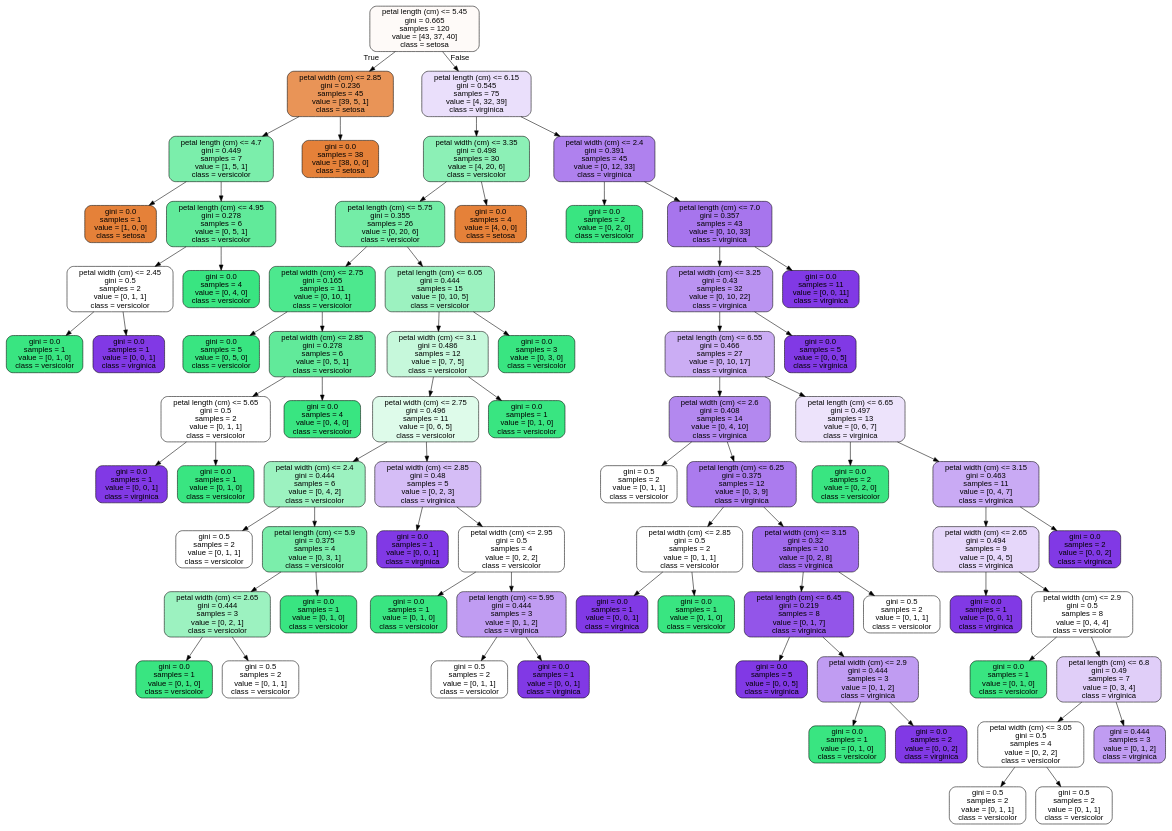
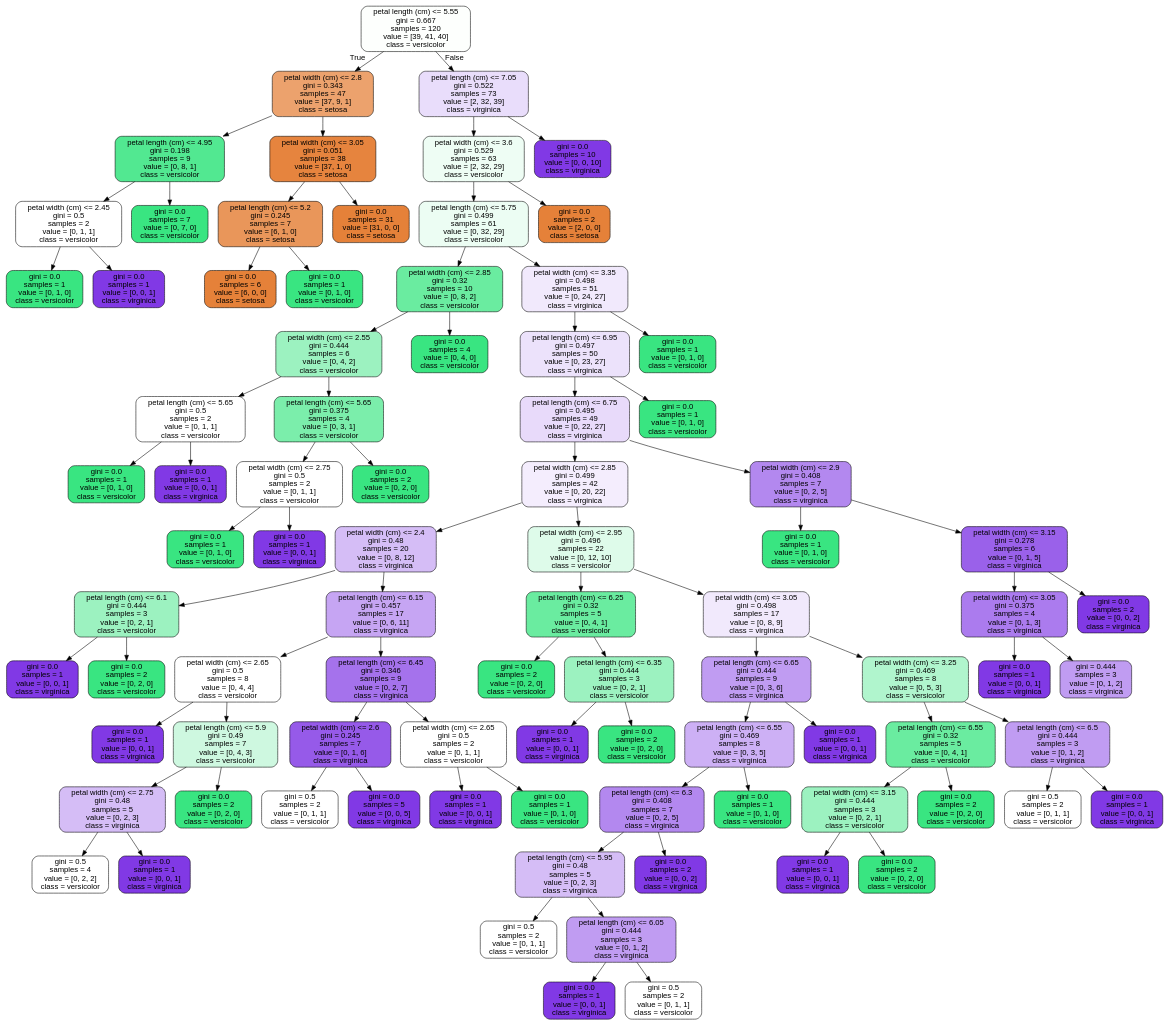
One commit to JoseDeJesusMendozaBecerril/Practica4_MineriaDeDatos changed the diagram in images/decision_trees/iris_tree_train.dot. Above: the diagram before and after it, drawn with Graphviz. The commit also changed 8 other files, not shown here.

```diff
--- a/images/decision_trees/iris_tree_train.dot
+++ b/images/decision_trees/iris_tree_train.dot
@@ -1,149 +1,177 @@
 digraph Tree {
 node [shape=box, style="filled, rounded", color="black", fontname=helvetica] ;
 edge [fontname=helvetica] ;
-0 [label="petal length (cm) <= 5.45\ngini = 0.665\nsamples = 120\nvalue = [43, 37, 40]\nclass = setosa", fillcolor="#fefaf8"] ;
-1 [label="petal width (cm) <= 2.85\ngini = 0.236\nsamples = 45\nvalue = [39, 5, 1]\nclass = setosa", fillcolor="#e99457"] ;
+0 [label="petal length (cm) <= 5.55\ngini = 0.667\nsamples = 120\nvalue = [39, 41, 40]\nclass = versicolor", fillcolor="#fdfffd"] ;
+1 [label="petal width (cm) <= 2.8\ngini = 0.343\nsamples = 47\nvalue = [37, 9, 1]\nclass = setosa", fillcolor="#eca26d"] ;
 0 -> 1 [labeldistance=2.5, labelangle=45, headlabel="True"] ;
-2 [label="petal length (cm) <= 4.7\ngini = 0.449\nsamples = 7\nvalue = [1, 5, 1]\nclass = versicolor", fillcolor="#7beeab"] ;
+2 [label="petal length (cm) <= 4.95\ngini = 0.198\nsamples = 9\nvalue = [0, 8, 1]\nclass = versicolor", fillcolor="#52e891"] ;
 1 -> 2 ;
-3 [label="gini = 0.0\nsamples = 1\nvalue = [1, 0, 0]\nclass = setosa", fillcolor="#e58139"] ;
+3 [label="petal width (cm) <= 2.45\ngini = 0.5\nsamples = 2\nvalue = [0, 1, 1]\nclass = versicolor", fillcolor="#ffffff"] ;
 2 -> 3 ;
-4 [label="petal length (cm) <= 4.95\ngini = 0.278\nsamples = 6\nvalue = [0, 5, 1]\nclass = versicolor", fillcolor="#61ea9a"] ;
-2 -> 4 ;
-5 [label="petal width (cm) <= 2.45\ngini = 0.5\nsamples = 2\nvalue = [0, 1, 1]\nclass = versicolor", fillcolor="#ffffff"] ;
-4 -> 5 ;
-6 [label="gini = 0.0\nsamples = 1\nvalue = [0, 1, 0]\nclass = versicolor", fillcolor="#39e581"] ;
-5 -> 6 ;
-7 [label="gini = 0.0\nsamples = 1\nvalue = [0, 0, 1]\nclass = virginica", fillcolor="#8139e5"] ;
-5 -> 7 ;
-8 [label="gini = 0.0\nsamples = 4\nvalue = [0, 4, 0]\nclass = versicolor", fillcolor="#39e581"] ;
-4 -> 8 ;
-9 [label="gini = 0.0\nsamples = 38\nvalue = [38, 0, 0]\nclass = setosa", fillcolor="#e58139"] ;
-1 -> 9 ;
-10 [label="petal length (cm) <= 6.15\ngini = 0.545\nsamples = 75\nvalue = [4, 32, 39]\nclass = virginica", fillcolor="#eadffb"] ;
-0 -> 10 [labeldistance=2.5, labelangle=-45, headlabel="False"] ;
-11 [label="petal width (cm) <= 3.35\ngini = 0.498\nsamples = 30\nvalue = [4, 20, 6]\nclass = versicolor", fillcolor="#8cf0b6"] ;
-10 -> 11 ;
-12 [label="petal length (cm) <= 5.75\ngini = 0.355\nsamples = 26\nvalue = [0, 20, 6]\nclass = versicolor", fillcolor="#74eda7"] ;
-11 -> 12 ;
-13 [label="petal width (cm) <= 2.75\ngini = 0.165\nsamples = 11\nvalue = [0, 10, 1]\nclass = versicolor", fillcolor="#4de88e"] ;
+4 [label="gini = 0.0\nsamples = 1\nvalue = [0, 1, 0]\nclass = versicolor", fillcolor="#39e581"] ;
+3 -> 4 ;
+5 [label="gini = 0.0\nsamples = 1\nvalue = [0, 0, 1]\nclass = virginica", fillcolor="#8139e5"] ;
+3 -> 5 ;
+6 [label="gini = 0.0\nsamples = 7\nvalue = [0, 7, 0]\nclass = versicolor", fillcolor="#39e581"] ;
+2 -> 6 ;
+7 [label="petal width (cm) <= 3.05\ngini = 0.051\nsamples = 38\nvalue = [37, 1, 0]\nclass = setosa", fillcolor="#e6843e"] ;
+1 -> 7 ;
+8 [label="petal length (cm) <= 5.2\ngini = 0.245\nsamples = 7\nvalue = [6, 1, 0]\nclass = setosa", fillcolor="#e9965a"] ;
+7 -> 8 ;
+9 [label="gini = 0.0\nsamples = 6\nvalue = [6, 0, 0]\nclass = setosa", fillcolor="#e58139"] ;
+8 -> 9 ;
+10 [label="gini = 0.0\nsamples = 1\nvalue = [0, 1, 0]\nclass = versicolor", fillcolor="#39e581"] ;
+8 -> 10 ;
+11 [label="gini = 0.0\nsamples = 31\nvalue = [31, 0, 0]\nclass = setosa", fillcolor="#e58139"] ;
+7 -> 11 ;
+12 [label="petal length (cm) <= 7.05\ngini = 0.522\nsamples = 73\nvalue = [2, 32, 39]\nclass = virginica", fillcolor="#e9ddfb"] ;
+0 -> 12 [labeldistance=2.5, labelangle=-45, headlabel="False"] ;
+13 [label="petal width (cm) <= 3.6\ngini = 0.529\nsamples = 63\nvalue = [2, 32, 29]\nclass = versicolor", fillcolor="#eefdf4"] ;
 12 -> 13 ;
-14 [label="gini = 0.0\nsamples = 5\nvalue = [0, 5, 0]\nclass = versicolor", fillcolor="#39e581"] ;
+14 [label="petal length (cm) <= 5.75\ngini = 0.499\nsamples = 61\nvalue = [0, 32, 29]\nclass = versicolor", fillcolor="#ecfdf3"] ;
 13 -> 14 ;
-15 [label="petal width (cm) <= 2.85\ngini = 0.278\nsamples = 6\nvalue = [0, 5, 1]\nclass = versicolor", fillcolor="#61ea9a"] ;
-13 -> 15 ;
-16 [label="petal length (cm) <= 5.65\ngini = 0.5\nsamples = 2\nvalue = [0, 1, 1]\nclass = versicolor", fillcolor="#ffffff"] ;
+15 [label="petal width (cm) <= 2.85\ngini = 0.32\nsamples = 10\nvalue = [0, 8, 2]\nclass = versicolor", fillcolor="#6aeca0"] ;
+14 -> 15 ;
+16 [label="petal width (cm) <= 2.55\ngini = 0.444\nsamples = 6\nvalue = [0, 4, 2]\nclass = versicolor", fillcolor="#9cf2c0"] ;
 15 -> 16 ;
-17 [label="gini = 0.0\nsamples = 1\nvalue = [0, 0, 1]\nclass = virginica", fillcolor="#8139e5"] ;
+17 [label="petal length (cm) <= 5.65\ngini = 0.5\nsamples = 2\nvalue = [0, 1, 1]\nclass = versicolor", fillcolor="#ffffff"] ;
 16 -> 17 ;
 18 [label="gini = 0.0\nsamples = 1\nvalue = [0, 1, 0]\nclass = versicolor", fillcolor="#39e581"] ;
-16 -> 18 ;
-19 [label="gini = 0.0\nsamples = 4\nvalue = [0, 4, 0]\nclass = versicolor", fillcolor="#39e581"] ;
-15 -> 19 ;
-20 [label="petal length (cm) <= 6.05\ngini = 0.444\nsamples = 15\nvalue = [0, 10, 5]\nclass = versicolor", fillcolor="#9cf2c0"] ;
-12 -> 20 ;
-21 [label="petal width (cm) <= 3.1\ngini = 0.486\nsamples = 12\nvalue = [0, 7, 5]\nclass = versicolor", fillcolor="#c6f8db"] ;
+17 -> 18 ;
+19 [label="gini = 0.0\nsamples = 1\nvalue = [0, 0, 1]\nclass = virginica", fillcolor="#8139e5"] ;
+17 -> 19 ;
+20 [label="petal length (cm) <= 5.65\ngini = 0.375\nsamples = 4\nvalue = [0, 3, 1]\nclass = versicolor", fillcolor="#7beeab"] ;
+16 -> 20 ;
+21 [label="petal width (cm) <= 2.75\ngini = 0.5\nsamples = 2\nvalue = [0, 1, 1]\nclass = versicolor", fillcolor="#ffffff"] ;
 20 -> 21 ;
-22 [label="petal width (cm) <= 2.75\ngini = 0.496\nsamples = 11\nvalue = [0, 6, 5]\nclass = versicolor", fillcolor="#defbea"] ;
+22 [label="gini = 0.0\nsamples = 1\nvalue = [0, 1, 0]\nclass = versicolor", fillcolor="#39e581"] ;
 21 -> 22 ;
-23 [label="petal width (cm) <= 2.4\ngini = 0.444\nsamples = 6\nvalue = [0, 4, 2]\nclass = versicolor", fillcolor="#9cf2c0"] ;
-22 -> 23 ;
-24 [label="gini = 0.5\nsamples = 2\nvalue = [0, 1, 1]\nclass = versicolor", fillcolor="#ffffff"] ;
-23 -> 24 ;
-25 [label="petal length (cm) <= 5.9\ngini = 0.375\nsamples = 4\nvalue = [0, 3, 1]\nclass = versicolor", fillcolor="#7beeab"] ;
-23 -> 25 ;
-26 [label="petal width (cm) <= 2.65\ngini = 0.444\nsamples = 3\nvalue = [0, 2, 1]\nclass = versicolor", fillcolor="#9cf2c0"] ;
-25 -> 26 ;
-27 [label="gini = 0.0\nsamples = 1\nvalue = [0, 1, 0]\nclass = versicolor", fillcolor="#39e581"] ;
+23 [label="gini = 0.0\nsamples = 1\nvalue = [0, 0, 1]\nclass = virginica", fillcolor="#8139e5"] ;
+21 -> 23 ;
+24 [label="gini = 0.0\nsamples = 2\nvalue = [0, 2, 0]\nclass = versicolor", fillcolor="#39e581"] ;
+20 -> 24 ;
+25 [label="gini = 0.0\nsamples = 4\nvalue = [0, 4, 0]\nclass = versicolor", fillcolor="#39e581"] ;
+15 -> 25 ;
+26 [label="petal width (cm) <= 3.35\ngini = 0.498\nsamples = 51\nvalue = [0, 24, 27]\nclass = virginica", fillcolor="#f1e9fc"] ;
+14 -> 26 ;
+27 [label="petal length (cm) <= 6.95\ngini = 0.497\nsamples = 50\nvalue = [0, 23, 27]\nclass = virginica", fillcolor="#ece2fb"] ;
 26 -> 27 ;
-28 [label="gini = 0.5\nsamples = 2\nvalue = [0, 1, 1]\nclass = versicolor", fillcolor="#ffffff"] ;
-26 -> 28 ;
-29 [label="gini = 0.0\nsamples = 1\nvalue = [0, 1, 0]\nclass = versicolor", fillcolor="#39e581"] ;
-25 -> 29 ;
-30 [label="petal width (cm) <= 2.85\ngini = 0.48\nsamples = 5\nvalue = [0, 2, 3]\nclass = virginica", fillcolor="#d5bdf6"] ;
-22 -> 30 ;
-31 [label="gini = 0.0\nsamples = 1\nvalue = [0, 0, 1]\nclass = virginica", fillcolor="#8139e5"] ;
+28 [label="petal length (cm) <= 6.75\ngini = 0.495\nsamples = 49\nvalue = [0, 22, 27]\nclass = virginica", fillcolor="#e8dafa"] ;
+27 -> 28 ;
+29 [label="petal width (cm) <= 2.85\ngini = 0.499\nsamples = 42\nvalue = [0, 20, 22]\nclass = virginica", fillcolor="#f4edfd"] ;
+28 -> 29 ;
+30 [label="petal width (cm) <= 2.4\ngini = 0.48\nsamples = 20\nvalue = [0, 8, 12]\nclass = virginica", fillcolor="#d5bdf6"] ;
+29 -> 30 ;
+31 [label="petal length (cm) <= 6.1\ngini = 0.444\nsamples = 3\nvalue = [0, 2, 1]\nclass = versicolor", fillcolor="#9cf2c0"] ;
 30 -> 31 ;
-32 [label="petal width (cm) <= 2.95\ngini = 0.5\nsamples = 4\nvalue = [0, 2, 2]\nclass = versicolor", fillcolor="#ffffff"] ;
-30 -> 32 ;
-33 [label="gini = 0.0\nsamples = 1\nvalue = [0, 1, 0]\nclass = versicolor", fillcolor="#39e581"] ;
-32 -> 33 ;
-34 [label="petal length (cm) <= 5.95\ngini = 0.444\nsamples = 3\nvalue = [0, 1, 2]\nclass = virginica", fillcolor="#c09cf2"] ;
-32 -> 34 ;
-35 [label="gini = 0.5\nsamples = 2\nvalue = [0, 1, 1]\nclass = versicolor", fillcolor="#ffffff"] ;
+32 [label="gini = 0.0\nsamples = 1\nvalue = [0, 0, 1]\nclass = virginica", fillcolor="#8139e5"] ;
+31 -> 32 ;
+33 [label="gini = 0.0\nsamples = 2\nvalue = [0, 2, 0]\nclass = versicolor", fillcolor="#39e581"] ;
+31 -> 33 ;
+34 [label="petal length (cm) <= 6.15\ngini = 0.457\nsamples = 17\nvalue = [0, 6, 11]\nclass = virginica", fillcolor="#c6a5f3"] ;
+30 -> 34 ;
+35 [label="petal width (cm) <= 2.65\ngini = 0.5\nsamples = 8\nvalue = [0, 4, 4]\nclass = versicolor", fillcolor="#ffffff"] ;
 34 -> 35 ;
 36 [label="gini = 0.0\nsamples = 1\nvalue = [0, 0, 1]\nclass = virginica", fillcolor="#8139e5"] ;
-34 -> 36 ;
-37 [label="gini = 0.0\nsamples = 1\nvalue = [0, 1, 0]\nclass = versicolor", fillcolor="#39e581"] ;
-21 -> 37 ;
-38 [label="gini = 0.0\nsamples = 3\nvalue = [0, 3, 0]\nclass = versicolor", fillcolor="#39e581"] ;
-20 -> 38 ;
-39 [label="gini = 0.0\nsamples = 4\nvalue = [4, 0, 0]\nclass = setosa", fillcolor="#e58139"] ;
-11 -> 39 ;
-40 [label="petal width (cm) <= 2.4\ngini = 0.391\nsamples = 45\nvalue = [0, 12, 33]\nclass = virginica", fillcolor="#af81ee"] ;
-10 -> 40 ;
+35 -> 36 ;
+37 [label="petal length (cm) <= 5.9\ngini = 0.49\nsamples = 7\nvalue = [0, 4, 3]\nclass = versicolor", fillcolor="#cef8e0"] ;
+35 -> 37 ;
+38 [label="petal width (cm) <= 2.75\ngini = 0.48\nsamples = 5\nvalue = [0, 2, 3]\nclass = virginica", fillcolor="#d5bdf6"] ;
+37 -> 38 ;
+39 [label="gini = 0.5\nsamples = 4\nvalue = [0, 2, 2]\nclass = versicolor", fillcolor="#ffffff"] ;
+38 -> 39 ;
+40 [label="gini = 0.0\nsamples = 1\nvalue = [0, 0, 1]\nclass = virginica", fillcolor="#8139e5"] ;
+38 -> 40 ;
 41 [label="gini = 0.0\nsamples = 2\nvalue = [0, 2, 0]\nclass = versicolor", fillcolor="#39e581"] ;
-40 -> 41 ;
-42 [label="petal length (cm) <= 7.0\ngini = 0.357\nsamples = 43\nvalue = [0, 10, 33]\nclass = virginica", fillcolor="#a775ed"] ;
-40 -> 42 ;
-43 [label="petal width (cm) <= 3.25\ngini = 0.43\nsamples = 32\nvalue = [0, 10, 22]\nclass = virginica", fillcolor="#ba93f1"] ;
+37 -> 41 ;
+42 [label="petal length (cm) <= 6.45\ngini = 0.346\nsamples = 9\nvalue = [0, 2, 7]\nclass = virginica", fillcolor="#a572ec"] ;
+34 -> 42 ;
+43 [label="petal width (cm) <= 2.6\ngini = 0.245\nsamples = 7\nvalue = [0, 1, 6]\nclass = virginica", fillcolor="#965ae9"] ;
 42 -> 43 ;
-44 [label="petal length (cm) <= 6.55\ngini = 0.466\nsamples = 27\nvalue = [0, 10, 17]\nclass = virginica", fillcolor="#cbadf4"] ;
+44 [label="gini = 0.5\nsamples = 2\nvalue = [0, 1, 1]\nclass = versicolor", fillcolor="#ffffff"] ;
 43 -> 44 ;
-45 [label="petal width (cm) <= 2.6\ngini = 0.408\nsamples = 14\nvalue = [0, 4, 10]\nclass = virginica", fillcolor="#b388ef"] ;
-44 -> 45 ;
-46 [label="gini = 0.5\nsamples = 2\nvalue = [0, 1, 1]\nclass = versicolor", fillcolor="#ffffff"] ;
-45 -> 46 ;
-47 [label="petal length (cm) <= 6.25\ngini = 0.375\nsamples = 12\nvalue = [0, 3, 9]\nclass = virginica", fillcolor="#ab7bee"] ;
-45 -> 47 ;
-48 [label="petal width (cm) <= 2.85\ngini = 0.5\nsamples = 2\nvalue = [0, 1, 1]\nclass = versicolor", fillcolor="#ffffff"] ;
-47 -> 48 ;
-49 [label="gini = 0.0\nsamples = 1\nvalue = [0, 0, 1]\nclass = virginica", fillcolor="#8139e5"] ;
-48 -> 49 ;
-50 [label="gini = 0.0\nsamples = 1\nvalue = [0, 1, 0]\nclass = versicolor", fillcolor="#39e581"] ;
-48 -> 50 ;
-51 [label="petal width (cm) <= 3.15\ngini = 0.32\nsamples = 10\nvalue = [0, 2, 8]\nclass = virginica", fillcolor="#a06aec"] ;
-47 -> 51 ;
-52 [label="petal length (cm) <= 6.45\ngini = 0.219\nsamples = 8\nvalue = [0, 1, 7]\nclass = virginica", fillcolor="#9355e9"] ;
-51 -> 52 ;
-53 [label="gini = 0.0\nsamples = 5\nvalue = [0, 0, 5]\nclass = virginica", fillcolor="#8139e5"] ;
+45 [label="gini = 0.0\nsamples = 5\nvalue = [0, 0, 5]\nclass = virginica", fillcolor="#8139e5"] ;
+43 -> 45 ;
+46 [label="petal width (cm) <= 2.65\ngini = 0.5\nsamples = 2\nvalue = [0, 1, 1]\nclass = versicolor", fillcolor="#ffffff"] ;
+42 -> 46 ;
+47 [label="gini = 0.0\nsamples = 1\nvalue = [0, 0, 1]\nclass = virginica", fillcolor="#8139e5"] ;
+46 -> 47 ;
+48 [label="gini = 0.0\nsamples = 1\nvalue = [0, 1, 0]\nclass = versicolor", fillcolor="#39e581"] ;
+46 -> 48 ;
+49 [label="petal width (cm) <= 2.95\ngini = 0.496\nsamples = 22\nvalue = [0, 12, 10]\nclass = versicolor", fillcolor="#defbea"] ;
+29 -> 49 ;
+50 [label="petal length (cm) <= 6.25\ngini = 0.32\nsamples = 5\nvalue = [0, 4, 1]\nclass = versicolor", fillcolor="#6aeca0"] ;
+49 -> 50 ;
+51 [label="gini = 0.0\nsamples = 2\nvalue = [0, 2, 0]\nclass = versicolor", fillcolor="#39e581"] ;
+50 -> 51 ;
+52 [label="petal length (cm) <= 6.35\ngini = 0.444\nsamples = 3\nvalue = [0, 2, 1]\nclass = versicolor", fillcolor="#9cf2c0"] ;
+50 -> 52 ;
+53 [label="gini = 0.0\nsamples = 1\nvalue = [0, 0, 1]\nclass = virginica", fillcolor="#8139e5"] ;
 52 -> 53 ;
-54 [label="petal width (cm) <= 2.9\ngini = 0.444\nsamples = 3\nvalue = [0, 1, 2]\nclass = virginica", fillcolor="#c09cf2"] ;
+54 [label="gini = 0.0\nsamples = 2\nvalue = [0, 2, 0]\nclass = versicolor", fillcolor="#39e581"] ;
 52 -> 54 ;
-55 [label="gini = 0.0\nsamples = 1\nvalue = [0, 1, 0]\nclass = versicolor", fillcolor="#39e581"] ;
-54 -> 55 ;
-56 [label="gini = 0.0\nsamples = 2\nvalue = [0, 0, 2]\nclass = virginica", fillcolor="#8139e5"] ;
-54 -> 56 ;
-57 [label="gini = 0.5\nsamples = 2\nvalue = [0, 1, 1]\nclass = versicolor", fillcolor="#ffffff"] ;
-51 -> 57 ;
-58 [label="petal length (cm) <= 6.65\ngini = 0.497\nsamples = 13\nvalue = [0, 6, 7]\nclass = virginica", fillcolor="#ede3fb"] ;
-44 -> 58 ;
-59 [label="gini = 0.0\nsamples = 2\nvalue = [0, 2, 0]\nclass = versicolor", fillcolor="#39e581"] ;
+55 [label="petal width (cm) <= 3.05\ngini = 0.498\nsamples = 17\nvalue = [0, 8, 9]\nclass = virginica", fillcolor="#f1e9fc"] ;
+49 -> 55 ;
+56 [label="petal length (cm) <= 6.65\ngini = 0.444\nsamples = 9\nvalue = [0, 3, 6]\nclass = virginica", fillcolor="#c09cf2"] ;
+55 -> 56 ;
+57 [label="petal length (cm) <= 6.55\ngini = 0.469\nsamples = 8\nvalue = [0, 3, 5]\nclass = virginica", fillcolor="#cdb0f5"] ;
+56 -> 57 ;
+58 [label="petal length (cm) <= 6.3\ngini = 0.408\nsamples = 7\nvalue = [0, 2, 5]\nclass = virginica", fillcolor="#b388ef"] ;
+57 -> 58 ;
+59 [label="petal length (cm) <= 5.95\ngini = 0.48\nsamples = 5\nvalue = [0, 2, 3]\nclass = virginica", fillcolor="#d5bdf6"] ;
 58 -> 59 ;
-60 [label="petal width (cm) <= 3.15\ngini = 0.463\nsamples = 11\nvalue = [0, 4, 7]\nclass = virginica", fillcolor="#c9aaf4"] ;
-58 -> 60 ;
-61 [label="petal width (cm) <= 2.65\ngini = 0.494\nsamples = 9\nvalue = [0, 4, 5]\nclass = virginica", fillcolor="#e6d7fa"] ;
-60 -> 61 ;
+60 [label="gini = 0.5\nsamples = 2\nvalue = [0, 1, 1]\nclass = versicolor", fillcolor="#ffffff"] ;
+59 -> 60 ;
+61 [label="petal length (cm) <= 6.05\ngini = 0.444\nsamples = 3\nvalue = [0, 1, 2]\nclass = virginica", fillcolor="#c09cf2"] ;
+59 -> 61 ;
 62 [label="gini = 0.0\nsamples = 1\nvalue = [0, 0, 1]\nclass = virginica", fillcolor="#8139e5"] ;
 61 -> 62 ;
-63 [label="petal width (cm) <= 2.9\ngini = 0.5\nsamples = 8\nvalue = [0, 4, 4]\nclass = versicolor", fillcolor="#ffffff"] ;
+63 [label="gini = 0.5\nsamples = 2\nvalue = [0, 1, 1]\nclass = versicolor", fillcolor="#ffffff"] ;
 61 -> 63 ;
-64 [label="gini = 0.0\nsamples = 1\nvalue = [0, 1, 0]\nclass = versicolor", fillcolor="#39e581"] ;
-63 -> 64 ;
-65 [label="petal length (cm) <= 6.8\ngini = 0.49\nsamples = 7\nvalue = [0, 3, 4]\nclass = virginica", fillcolor="#e0cef8"] ;
-63 -> 65 ;
-66 [label="petal width (cm) <= 3.05\ngini = 0.5\nsamples = 4\nvalue = [0, 2, 2]\nclass = versicolor", fillcolor="#ffffff"] ;
-65 -> 66 ;
-67 [label="gini = 0.5\nsamples = 2\nvalue = [0, 1, 1]\nclass = versicolor", fillcolor="#ffffff"] ;
-66 -> 67 ;
-68 [label="gini = 0.5\nsamples = 2\nvalue = [0, 1, 1]\nclass = versicolor", fillcolor="#ffffff"] ;
-66 -> 68 ;
-69 [label="gini = 0.444\nsamples = 3\nvalue = [0, 1, 2]\nclass = virginica", fillcolor="#c09cf2"] ;
-65 -> 69 ;
-70 [label="gini = 0.0\nsamples = 2\nvalue = [0, 0, 2]\nclass = virginica", fillcolor="#8139e5"] ;
-60 -> 70 ;
-71 [label="gini = 0.0\nsamples = 5\nvalue = [0, 0, 5]\nclass = virginica", fillcolor="#8139e5"] ;
-43 -> 71 ;
-72 [label="gini = 0.0\nsamples = 11\nvalue = [0, 0, 11]\nclass = virginica", fillcolor="#8139e5"] ;
-42 -> 72 ;
+64 [label="gini = 0.0\nsamples = 2\nvalue = [0, 0, 2]\nclass = virginica", fillcolor="#8139e5"] ;
+58 -> 64 ;
+65 [label="gini = 0.0\nsamples = 1\nvalue = [0, 1, 0]\nclass = versicolor", fillcolor="#39e581"] ;
+57 -> 65 ;
+66 [label="gini = 0.0\nsamples = 1\nvalue = [0, 0, 1]\nclass = virginica", fillcolor="#8139e5"] ;
+56 -> 66 ;
+67 [label="petal width (cm) <= 3.25\ngini = 0.469\nsamples = 8\nvalue = [0, 5, 3]\nclass = versicolor", fillcolor="#b0f5cd"] ;
+55 -> 67 ;
+68 [label="petal length (cm) <= 6.55\ngini = 0.32\nsamples = 5\nvalue = [0, 4, 1]\nclass = versicolor", fillcolor="#6aeca0"] ;
+67 -> 68 ;
+69 [label="petal width (cm) <= 3.15\ngini = 0.444\nsamples = 3\nvalue = [0, 2, 1]\nclass = versicolor", fillcolor="#9cf2c0"] ;
+68 -> 69 ;
+70 [label="gini = 0.0\nsamples = 1\nvalue = [0, 0, 1]\nclass = virginica", fillcolor="#8139e5"] ;
+69 -> 70 ;
+71 [label="gini = 0.0\nsamples = 2\nvalue = [0, 2, 0]\nclass = versicolor", fillcolor="#39e581"] ;
+69 -> 71 ;
+72 [label="gini = 0.0\nsamples = 2\nvalue = [0, 2, 0]\nclass = versicolor", fillcolor="#39e581"] ;
+68 -> 72 ;
+73 [label="petal length (cm) <= 6.5\ngini = 0.444\nsamples = 3\nvalue = [0, 1, 2]\nclass = virginica", fillcolor="#c09cf2"] ;
+67 -> 73 ;
+74 [label="gini = 0.5\nsamples = 2\nvalue = [0, 1, 1]\nclass = versicolor", fillcolor="#ffffff"] ;
+73 -> 74 ;
+75 [label="gini = 0.0\nsamples = 1\nvalue = [0, 0, 1]\nclass = virginica", fillcolor="#8139e5"] ;
+73 -> 75 ;
+76 [label="petal width (cm) <= 2.9\ngini = 0.408\nsamples = 7\nvalue = [0, 2, 5]\nclass = virginica", fillcolor="#b388ef"] ;
+28 -> 76 ;
+77 [label="gini = 0.0\nsamples = 1\nvalue = [0, 1, 0]\nclass = versicolor", fillcolor="#39e581"] ;
+76 -> 77 ;
+78 [label="petal width (cm) <= 3.15\ngini = 0.278\nsamples = 6\nvalue = [0, 1, 5]\nclass = virginica", fillcolor="#9a61ea"] ;
+76 -> 78 ;
+79 [label="petal width (cm) <= 3.05\ngini = 0.375\nsamples = 4\nvalue = [0, 1, 3]\nclass = virginica", fillcolor="#ab7bee"] ;
+78 -> 79 ;
+80 [label="gini = 0.0\nsamples = 1\nvalue = [0, 0, 1]\nclass = virginica", fillcolor="#8139e5"] ;
+79 -> 80 ;
+81 [label="gini = 0.444\nsamples = 3\nvalue = [0, 1, 2]\nclass = virginica", fillcolor="#c09cf2"] ;
+79 -> 81 ;
+82 [label="gini = 0.0\nsamples = 2\nvalue = [0, 0, 2]\nclass = virginica", fillcolor="#8139e5"] ;
+78 -> 82 ;
+83 [label="gini = 0.0\nsamples = 1\nvalue = [0, 1, 0]\nclass = versicolor", fillcolor="#39e581"] ;
+27 -> 83 ;
+84 [label="gini = 0.0\nsamples = 1\nvalue = [0, 1, 0]\nclass = versicolor", fillcolor="#39e581"] ;
+26 -> 84 ;
+85 [label="gini = 0.0\nsamples = 2\nvalue = [2, 0, 0]\nclass = setosa", fillcolor="#e58139"] ;
+13 -> 85 ;
+86 [label="gini = 0.0\nsamples = 10\nvalue = [0, 0, 10]\nclass = virginica", fillcolor="#8139e5"] ;
+12 -> 86 ;
 }
```
